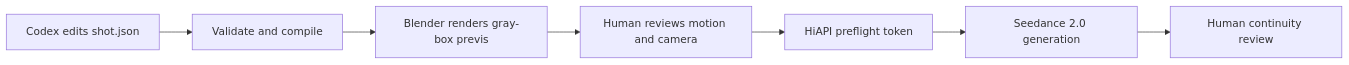
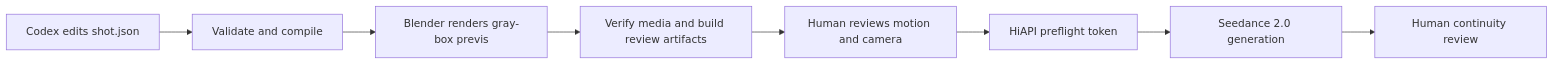
One commit to HiAPIAI/awesome-codex-blender-seedance-workflows changed the diagram in README.md. Above: the diagram before and after it, drawn with Mermaid. The commit also changed other lines of this file and 37 other files, not shown here.

````diff
--- a/README.md
+++ b/README.md
@@ -9,9 +9,10 @@
 ```mermaid
 flowchart LR
   A["Codex edits shot.json"] --> B["Validate and compile"]
   B --> C["Blender renders gray-box previs"]
-  C --> D["Human reviews motion and camera"]
+  C --> R["Verify media and build review artifacts"]
+  R --> D["Human reviews motion and camera"]
   D --> E["HiAPI preflight token"]
   E --> F["Seedance 2.0 generation"]
   F --> G["Human continuity review"]
 ```
````
